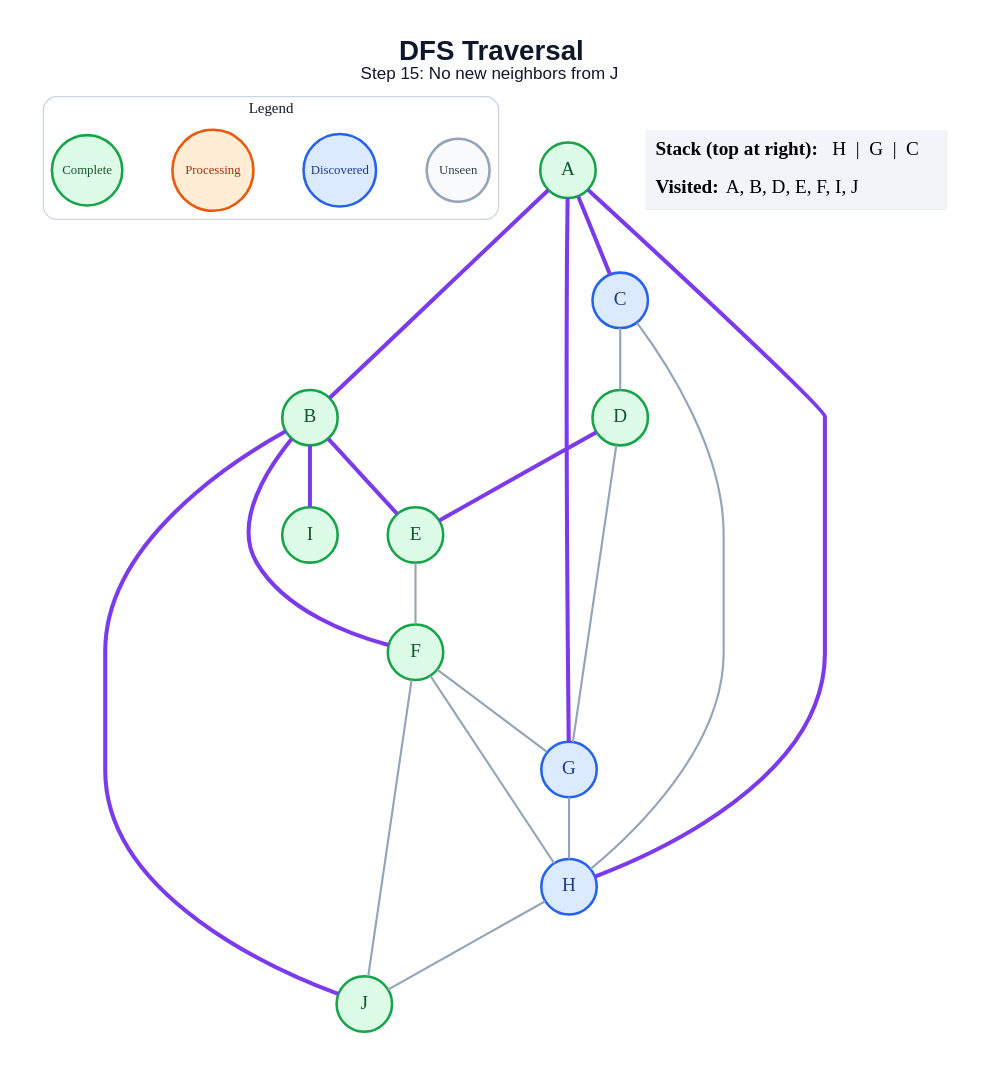
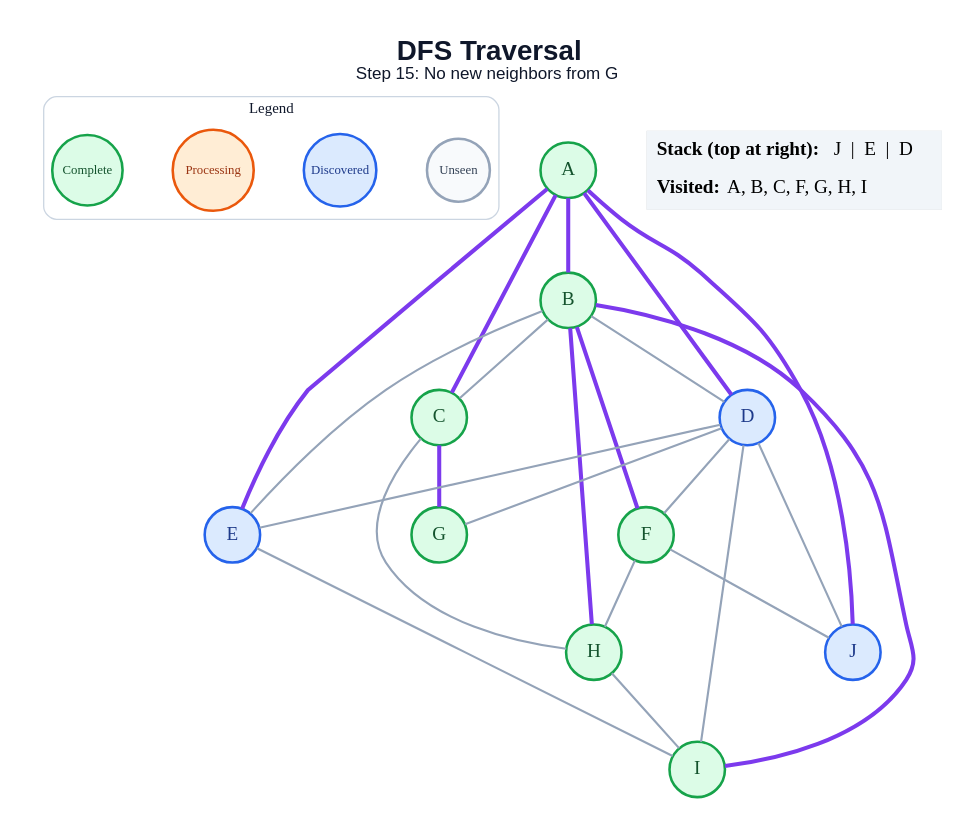
One commit to anon7238593-create/ai-slop changed the diagram in generated/dfs/step_15.dot. Above: the diagram before and after it, drawn with Graphviz. The commit also changed 178 other files, not shown here.

```diff
--- a/generated/dfs/step_15.dot
+++ b/generated/dfs/step_15.dot
@@ -1,47 +1,51 @@
 graph traversal {
   graph [layout=dot, rankdir=TB, bgcolor="#FFFFFF", pad="0.35", nodesep="0.65", ranksep="0.8", fontname="Arial"];
   node [shape=circle, style="filled", fontname="Arial Bold", fontsize=18, width=0.72, fixedsize=true, penwidth=2.4];
   edge [color="#94A3B8", penwidth=2.0];
-  label=<<B>DFS Traversal</B><BR/><FONT POINT-SIZE="16">Step 15: No new neighbors from J</FONT>>; labelloc="t"; fontsize=26; fontname="Arial"; fontcolor="#0F172A";
+  label=<<B>DFS Traversal</B><BR/><FONT POINT-SIZE="16">Step 15: No new neighbors from G</FONT>>; labelloc="t"; fontsize=26; fontname="Arial"; fontcolor="#0F172A";
   subgraph cluster_legend { label="Legend"; color="#CBD5E1"; penwidth=1.2; style="rounded"; fontsize=14; fontname="Arial Bold";
     key_unseen [label="Unseen", fillcolor="#F8FAFC", color="#94A3B8", fontcolor="#334155", fontsize=12, width=0.82];
     key_frontier [label="Discovered", fillcolor="#DBEAFE", color="#2563EB", fontcolor="#1E3A8A", fontsize=12, width=0.95];
     key_current [label="Processing", fillcolor="#FFEDD5", color="#EA580C", fontcolor="#9A3412", fontsize=12, width=1.05];
     key_done [label="Complete", fillcolor="#DCFCE7", color="#16A34A", fontcolor="#14532D", fontsize=12, width=0.92];
     { rank=same; key_unseen; key_frontier; key_current; key_done; }
   }
   A [fillcolor="#DCFCE7", color="#16A34A", fontcolor="#14532D"];
   B [fillcolor="#DCFCE7", color="#16A34A", fontcolor="#14532D"];
-  C [fillcolor="#DBEAFE", color="#2563EB", fontcolor="#1E3A8A"];
-  D [fillcolor="#DCFCE7", color="#16A34A", fontcolor="#14532D"];
-  E [fillcolor="#DCFCE7", color="#16A34A", fontcolor="#14532D"];
+  C [fillcolor="#DCFCE7", color="#16A34A", fontcolor="#14532D"];
+  D [fillcolor="#DBEAFE", color="#2563EB", fontcolor="#1E3A8A"];
+  E [fillcolor="#DBEAFE", color="#2563EB", fontcolor="#1E3A8A"];
   F [fillcolor="#DCFCE7", color="#16A34A", fontcolor="#14532D"];
-  G [fillcolor="#DBEAFE", color="#2563EB", fontcolor="#1E3A8A"];
-  H [fillcolor="#DBEAFE", color="#2563EB", fontcolor="#1E3A8A"];
+  G [fillcolor="#DCFCE7", color="#16A34A", fontcolor="#14532D"];
+  H [fillcolor="#DCFCE7", color="#16A34A", fontcolor="#14532D"];
   I [fillcolor="#DCFCE7", color="#16A34A", fontcolor="#14532D"];
-  J [fillcolor="#DCFCE7", color="#16A34A", fontcolor="#14532D"];
+  J [fillcolor="#DBEAFE", color="#2563EB", fontcolor="#1E3A8A"];
   A -- B [color="#7C3AED", penwidth=3.8];
   A -- C [color="#7C3AED", penwidth=3.8];
-  A -- G [color="#7C3AED", penwidth=3.8];
-  A -- H [color="#7C3AED", penwidth=3.8];
-  B -- E [color="#7C3AED", penwidth=3.8];
+  A -- D [color="#7C3AED", penwidth=3.8];
+  A -- E [color="#7C3AED", penwidth=3.8];
+  A -- J [color="#7C3AED", penwidth=3.8];
+  B -- C;
+  B -- D;
+  B -- E;
   B -- F [color="#7C3AED", penwidth=3.8];
+  B -- H [color="#7C3AED", penwidth=3.8];
   B -- I [color="#7C3AED", penwidth=3.8];
-  B -- J [color="#7C3AED", penwidth=3.8];
-  C -- D;
+  C -- G [color="#7C3AED", penwidth=3.8];
   C -- H;
-  D -- E [color="#7C3AED", penwidth=3.8];
+  D -- E;
+  D -- F;
   D -- G;
-  E -- F;
-  F -- G;
+  D -- I;
+  D -- J;
+  E -- I;
   F -- H;
   F -- J;
-  G -- H;
-  H -- J;
+  H -- I;
   status [shape=plain, fixedsize=false, width=0, height=0, margin=0, label=<
     <TABLE BORDER="0" CELLBORDER="0" CELLPADDING="7" BGCOLOR="#F1F5F9">
-      <TR><TD ALIGN="LEFT"><B>Stack (top at right):</B> H  |  G  |  C</TD></TR>
-      <TR><TD ALIGN="LEFT"><B>Visited:</B> A, B, D, E, F, I, J</TD></TR>
+      <TR><TD ALIGN="LEFT"><B>Stack (top at right):</B> J  |  E  |  D</TD></TR>
+      <TR><TD ALIGN="LEFT"><B>Visited:</B> A, B, C, F, G, H, I</TD></TR>
     </TABLE>
   >];
 }
```
